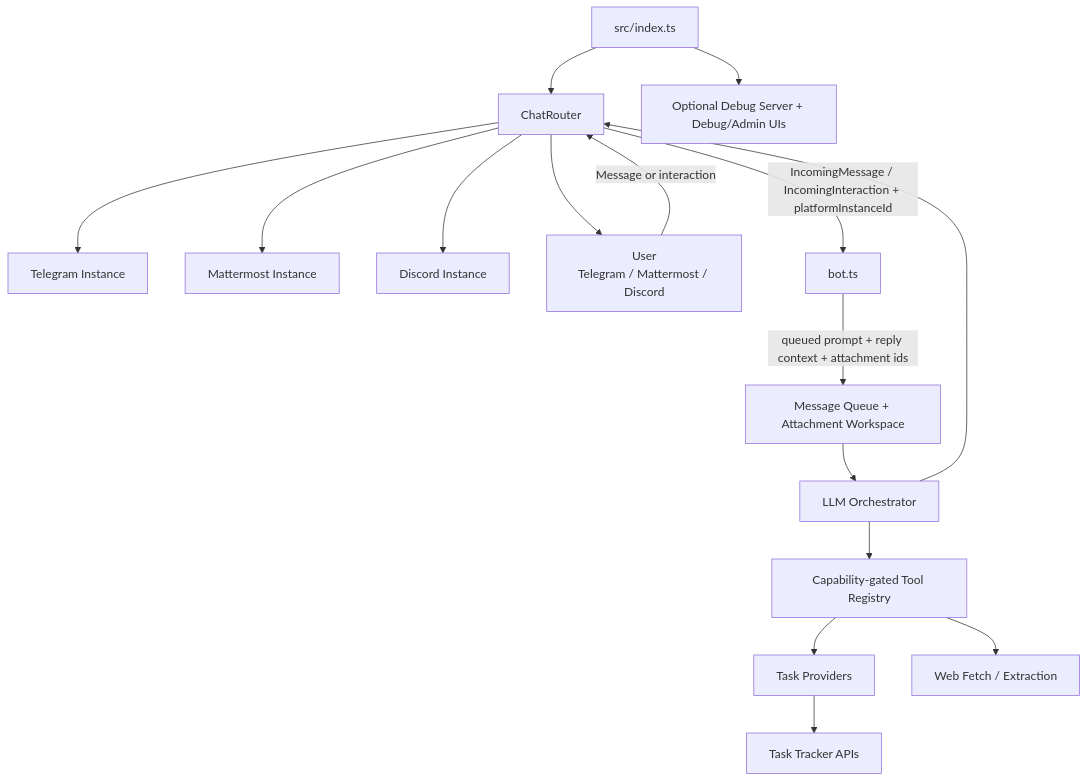
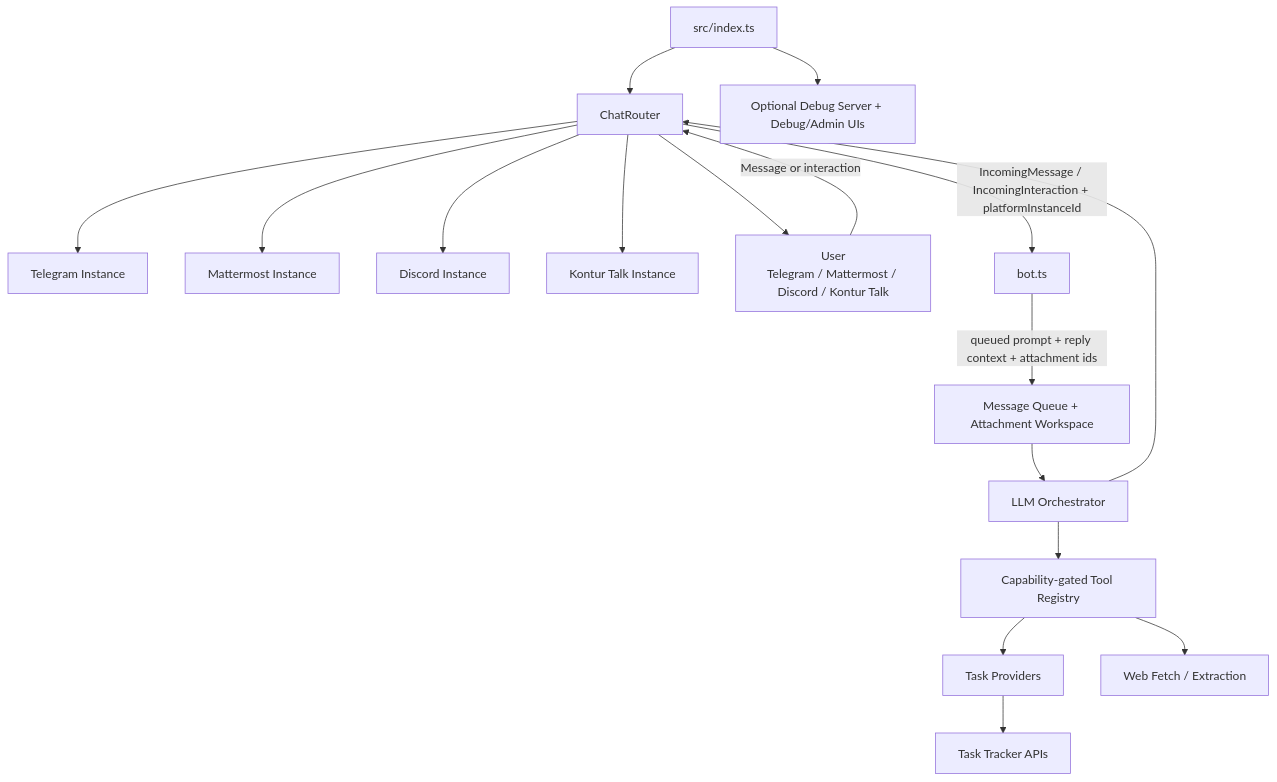
The diagram in README.md (yourpapai/papai), drawn with Mermaid before and after one commit. The commit also changed other lines of this file and 1 other file, not shown here.

First line of the commit message:
docs: surface kontur-talk chat provider in README + CLAUDE.md

````diff
--- a/README.md
+++ b/README.md
@@ -155,18 +156,19 @@
 ```mermaid
 flowchart TD
     Runtime[src/index.ts] --> Router[ChatRouter]
     Runtime --> Debug[Optional Debug Server + Debug/Admin UIs]
     Router --> CP1[Telegram Instance]
     Router --> CP2[Mattermost Instance]
     Router --> CP3[Discord Instance]
-    User[User<br>Telegram / Mattermost / Discord] -->|Message or interaction| Router
+    Router --> CP4[Kontur Talk Instance]
+    User[User<br>Telegram / Mattermost / Discord / Kontur Talk] -->|Message or interaction| Router
     Router -->|IncomingMessage / IncomingInteraction + platformInstanceId| Bot[bot.ts]
     Bot -->|queued prompt + reply context + attachment ids| Queue[Message Queue + Attachment Workspace]
     Queue --> LLM[LLM Orchestrator]
     LLM --> Tools[Capability-gated Tool Registry]
     Tools --> Providers[Task Providers]
     Providers --> APIs[Task Tracker APIs]
     Tools --> Web[Web Fetch / Extraction]
     LLM --> Router
     Router --> User
 ```
````
